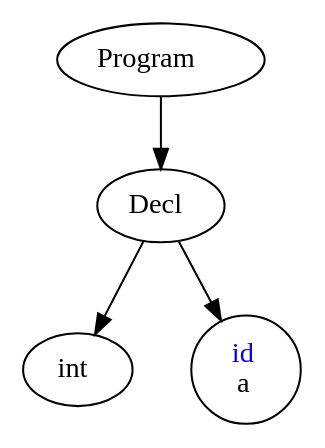
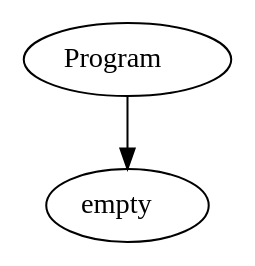
One commit to MarkVanAcker/C-to-P-compiler changed the diagram in grammar/C/AST.dot. Above: the diagram before and after it, drawn with Graphviz. The commit also changed 18 other files, not shown here.

```diff
--- a/grammar/C/AST.dot
+++ b/grammar/C/AST.dot
@@ -1,12 +1,8 @@
 digraph G
 {
     nodesep = 0.4;
     ranksep = 0.5;
-	NODE139892808230392[label=<Program>];
-	NODE139892808229048[label=<Decl>];
-	NODE139892808230392->NODE139892808229048
-	NODE139892808229664[label=<int>];
-	NODE139892808229048->NODE139892808229664
-	NODE139892808229552[label=<<font color = "blue">id</font><br/>a>];
-	NODE139892808229048->NODE139892808229552
+	NODE139874116325160[label=<Program>];
+	NODE139874116323256[label=<empty>];
+	NODE139874116325160->NODE139874116323256
 }
```
